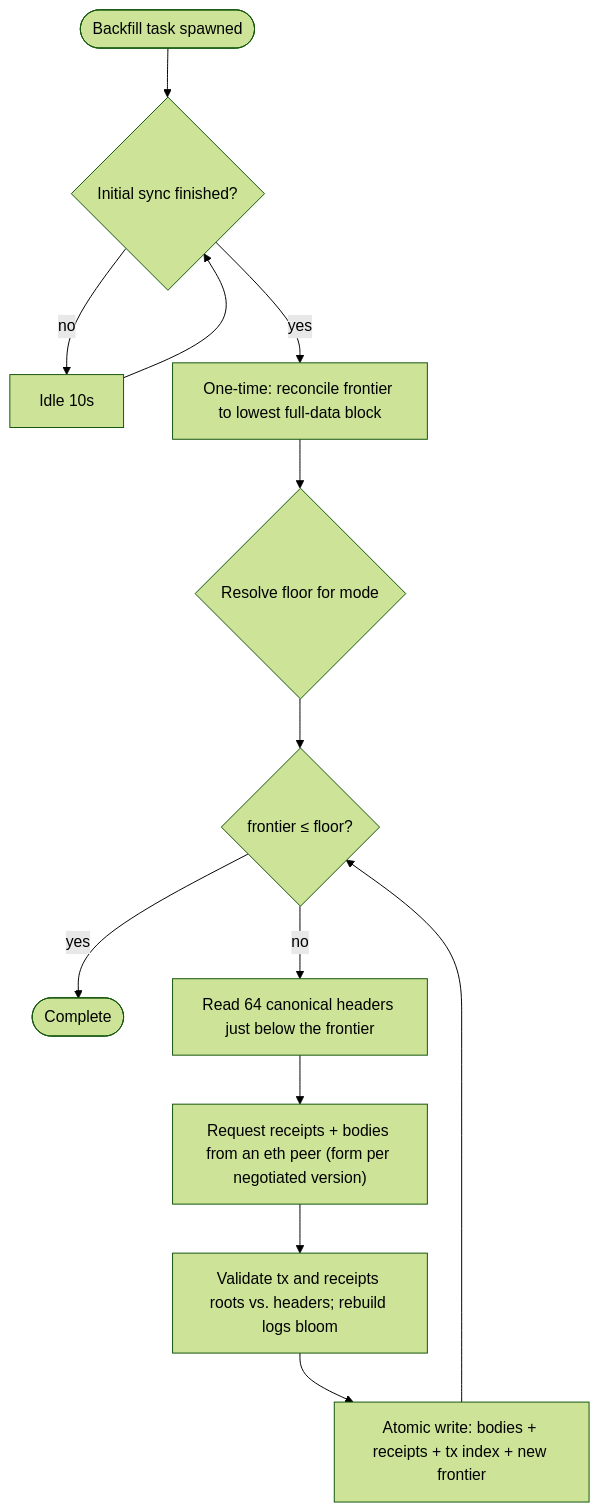
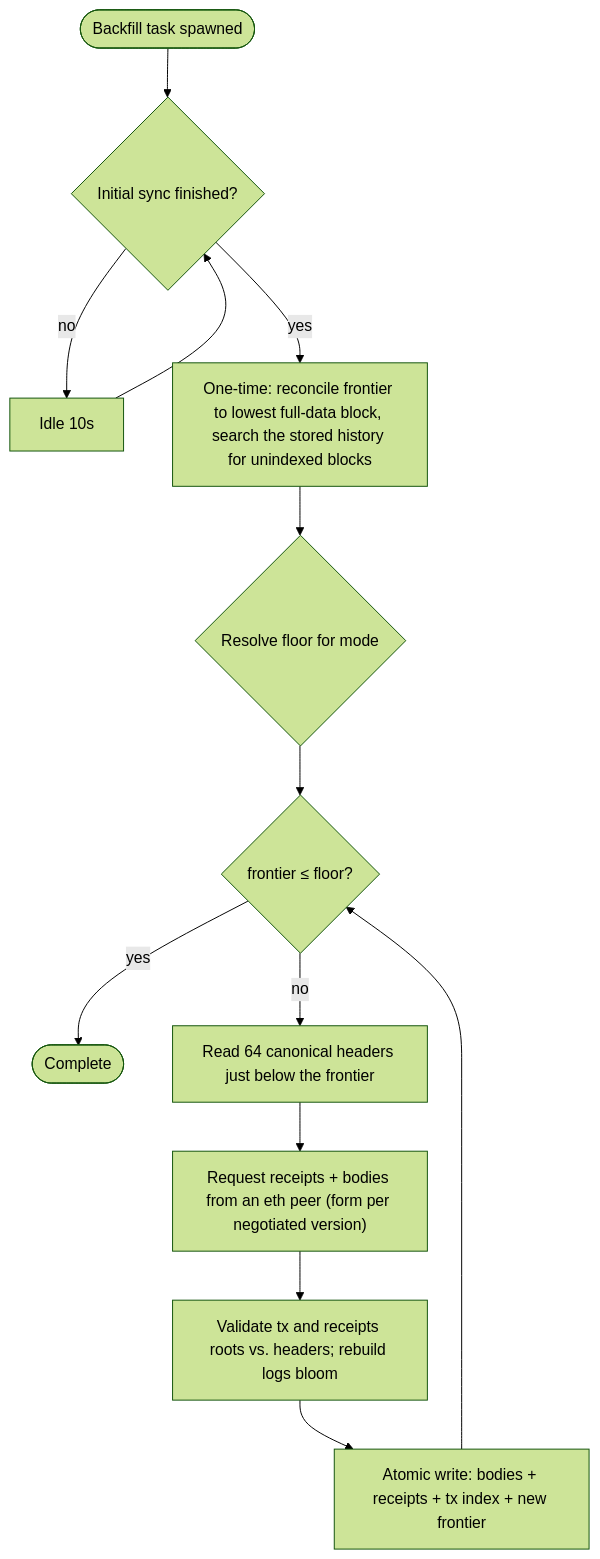
The diagram in docs/l1/fundamentals/history_backfill.md (lambdaclass/ethrex), drawn with Mermaid (forest theme) before and after one commit. The commit also changed other lines of this file and 5 other files, not shown here.

````diff
--- a/docs/l1/fundamentals/history_backfill.md
+++ b/docs/l1/fundamentals/history_backfill.md
@@ -119,14 +117,14 @@
 ```mermaid
 flowchart TD
     spawned([Backfill task spawned]) --> gate{"Initial sync finished?"}
     gate -- no --> wait["Idle 10s"] --> gate
-    gate -- yes --> reconcile["One-time: reconcile frontier to lowest full-data block"]
+    gate -- yes --> reconcile["One-time: reconcile frontier to lowest full-data block, search the stored history for unindexed blocks"]
     reconcile --> floor{"Resolve floor for mode"}
     floor --> done0{"frontier ≤ floor?"}
     done0 -- yes --> complete([Complete])
     done0 -- no --> read["Read 64 canonical headers just below the frontier"]
     read --> fetch["Request receipts + bodies from an eth peer (form per negotiated version)"]
     fetch --> validate["Validate tx and receipts roots vs. headers; rebuild logs bloom"]
     validate --> commit["Atomic write: bodies + receipts + tx index + new frontier"]
     commit --> done0
 ```
````
